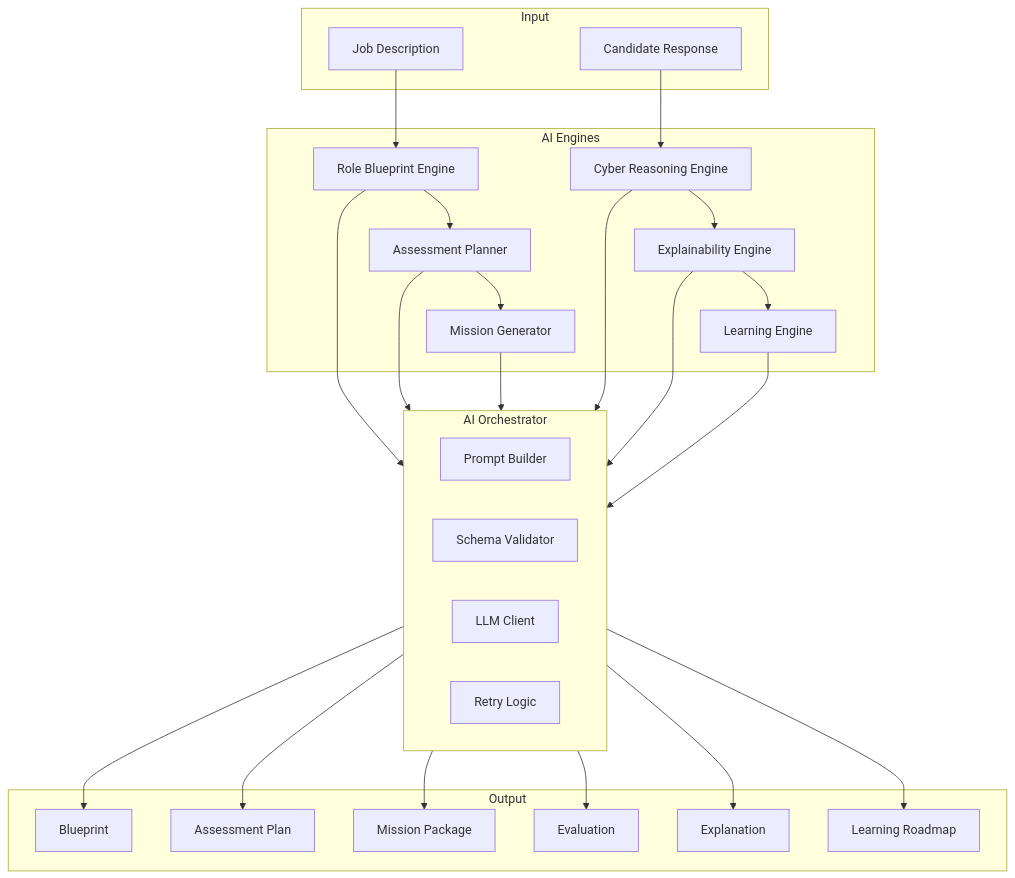
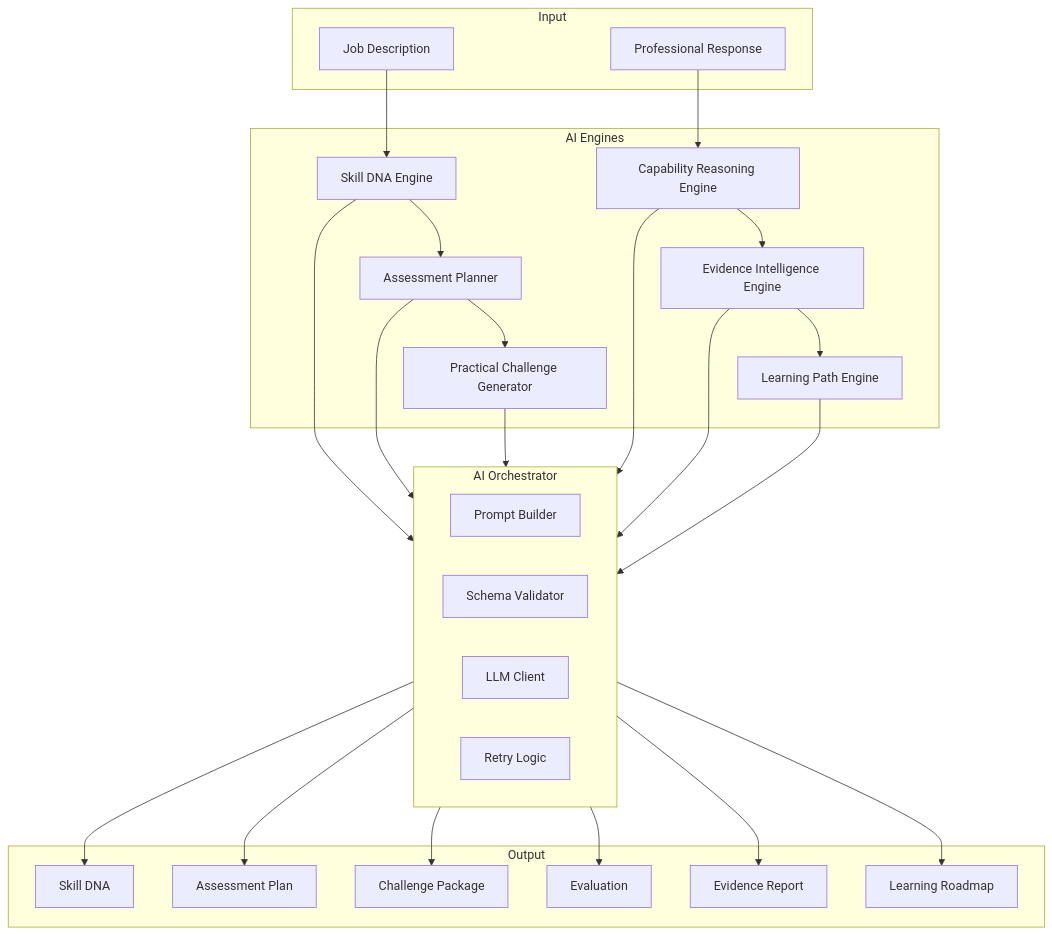
Before and after one commit to BL4CK-0PS/AegisIQ: the sixth of 13 diagrams in README.md, drawn with Mermaid. The commit also changed other lines of this file and 88 other files, not shown here.

First line of the commit message:
docs: enhance all 40 docs with Mermaid diagrams and Related Documents

````diff
--- a/README.md
+++ b/README.md
@@ -348,48 +393,48 @@
 ```mermaid
 flowchart TD
     subgraph Input["Input"]
         JD["Job Description"]
-        CR["Candidate Response"]
+        PR["Professional Response"]
     end
     subgraph Engines["AI Engines"]
-        RBE["Role Blueprint Engine"]
+        SDE["Skill DNA Engine"]
         AP["Assessment Planner"]
-        MG["Mission Generator"]
-        CRE["Cyber Reasoning Engine"]
-        EE["Explainability Engine"]
-        LE["Learning Engine"]
+        PCE["Practical Challenge Generator"]
+        CRE["Capability Reasoning Engine"]
+        EIE["Evidence Intelligence Engine"]
+        LPE["Learning Path Engine"]
     end
     subgraph Orchestrator["AI Orchestrator"]
         PM["Prompt Builder"]
         SC["Schema Validator"]
         CL["LLM Client"]
         RT["Retry Logic"]
     end
     subgraph Output["Output"]
-        BP["Blueprint"]
+        SD["Skill DNA"]
         APO["Assessment Plan"]
-        MSO["Mission Package"]
+        MSO["Challenge Package"]
         EV["Evaluation"]
-        EX["Explanation"]
+        EX["Evidence Report"]
         LR["Learning Roadmap"]
     end
 
-    JD --> RBE
-    RBE --> AP
-    AP --> MG
-    CR --> CRE
-    CRE --> EE
-    EE --> LE
-    RBE --> Orchestrator
+    JD --> SDE
+    SDE --> AP
+    AP --> PCE
+    PR --> CRE
+    CRE --> EIE
+    EIE --> LPE
+    SDE --> Orchestrator
     AP --> Orchestrator
-    MG --> Orchestrator
+    PCE --> Orchestrator
     CRE --> Orchestrator
-    EE --> Orchestrator
-    LE --> Orchestrator
-    Orchestrator --> BP
+    EIE --> Orchestrator
+    LPE --> Orchestrator
+    Orchestrator --> SD
     Orchestrator --> APO
     Orchestrator --> MSO
     Orchestrator --> EV
     Orchestrator --> EX
     Orchestrator --> LR
 ```
````
